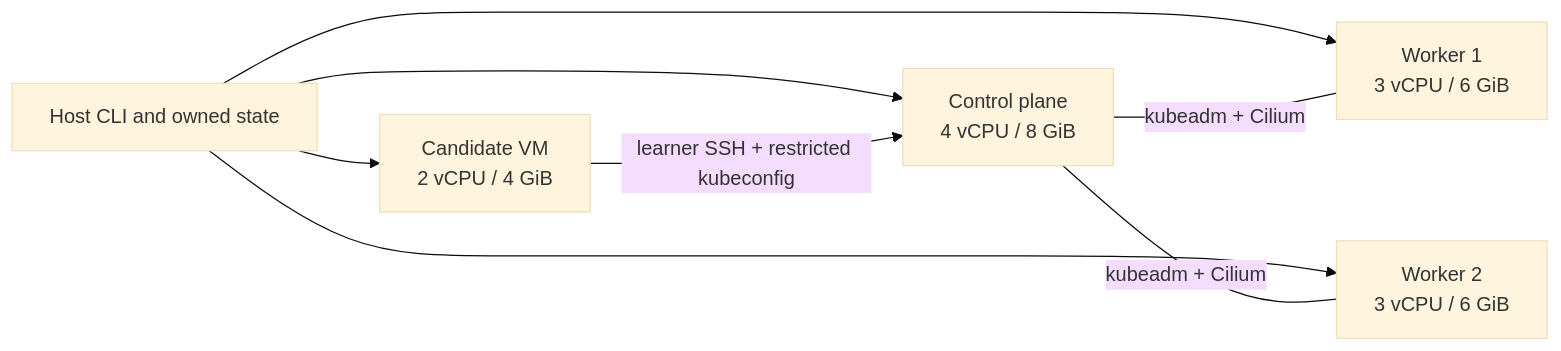
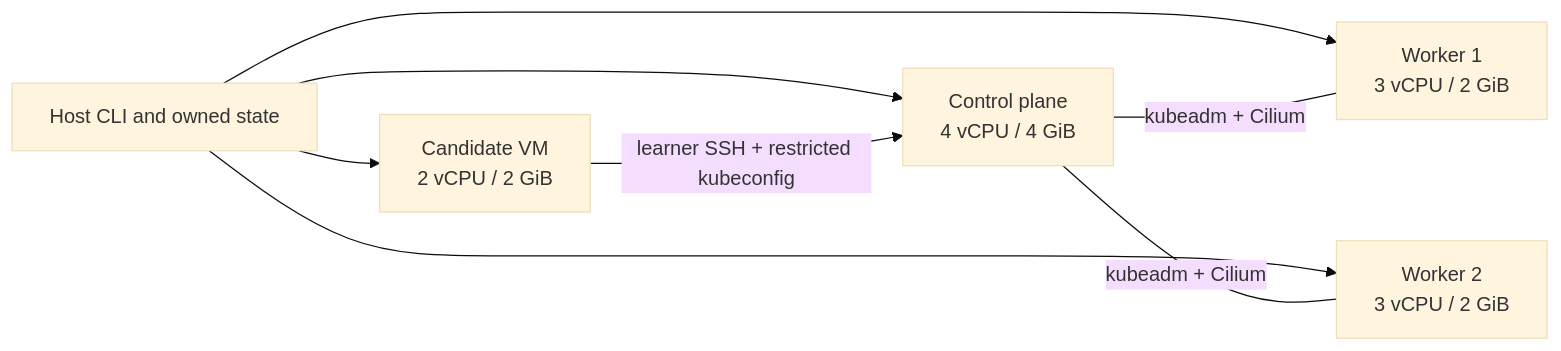
Before and after one commit to thiago4go/CKS-simulator: the first of 2 diagrams in docs/architecture.md, drawn with Mermaid (base theme). The commit also changed 15 other files, not shown here.

````diff
--- a/docs/architecture.md
+++ b/docs/architecture.md
@@ -9,10 +9,10 @@
 ```mermaid
 flowchart LR
-  CLI["Host CLI and owned state"] --> C["Candidate VM\n2 vCPU / 4 GiB"]
-  CLI --> CP["Control plane\n4 vCPU / 8 GiB"]
-  CLI --> W1["Worker 1\n3 vCPU / 6 GiB"]
-  CLI --> W2["Worker 2\n3 vCPU / 6 GiB"]
+  CLI["Host CLI and owned state"] --> C["Candidate VM\n2 vCPU / 2 GiB"]
+  CLI --> CP["Control plane\n4 vCPU / 4 GiB"]
+  CLI --> W1["Worker 1\n3 vCPU / 2 GiB"]
+  CLI --> W2["Worker 2\n3 vCPU / 2 GiB"]
   CP ---|"kubeadm + Cilium"| W1
   CP ---|"kubeadm + Cilium"| W2
   C -->|"learner SSH + restricted kubeconfig"| CP
 ```
````
